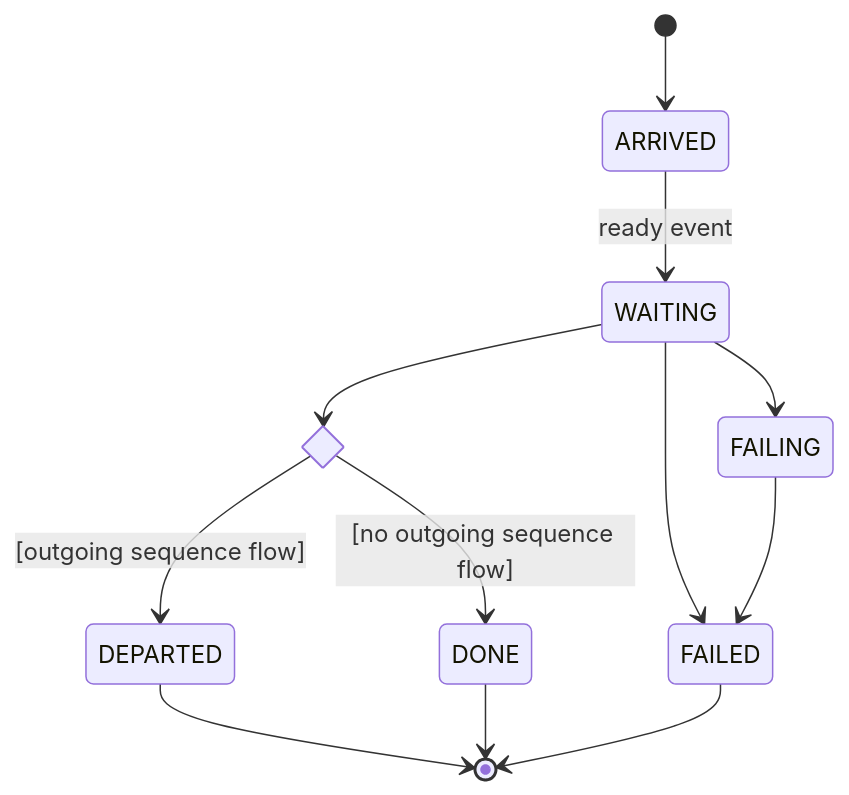
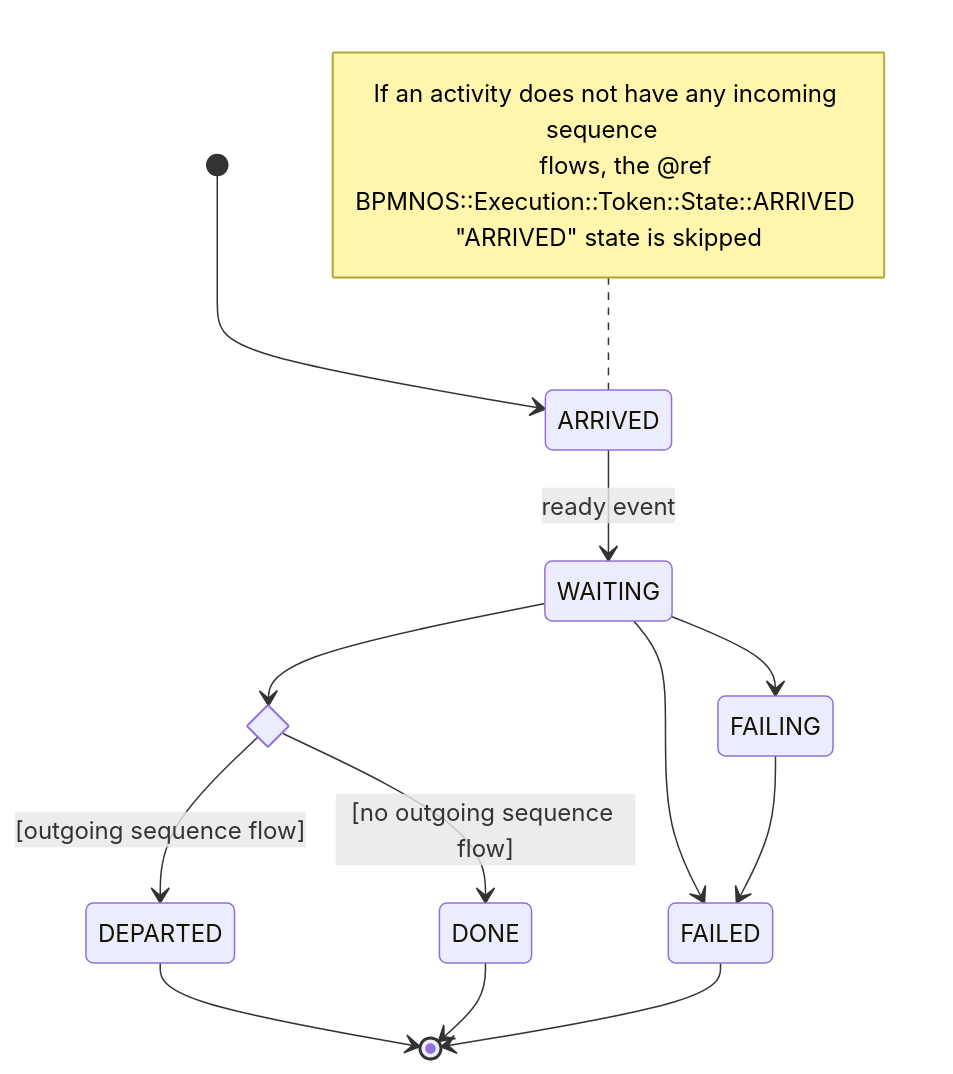
The first of 2 diagrams in docs/md/token_flow_logic_multi_instance_activities.md (bpmn-os/bpmnos-engine), drawn with Mermaid before and after one commit. The commit also changed 7 other files, not shown here.

```diff
--- a/docs/md/token_flow_logic_multi_instance_activities.md
+++ b/docs/md/token_flow_logic_multi_instance_activities.md
@@ -9,15 +9,19 @@
 <pre class="mermaid">
 stateDiagram-v2
     state departure <<choice>>
     [*] --> ARRIVED
+    note left of ARRIVED
+      If an activity does not have any incoming sequence  
+      flows, the @ref BPMNOS::Execution::Token::State::ARRIVED "ARRIVED" state is skipped 
+    end note
     ARRIVED --> WAITING: ready event
     WAITING --> departure
     WAITING --> FAILING
     WAITING --> FAILED
     FAILING --> FAILED
     departure --> DEPARTED: [outgoing sequence flow]
     departure --> DONE: [no outgoing sequence flow]
     DEPARTED --> [*]
     DONE --> [*]
     FAILED --> [*]
 </pre>
```
